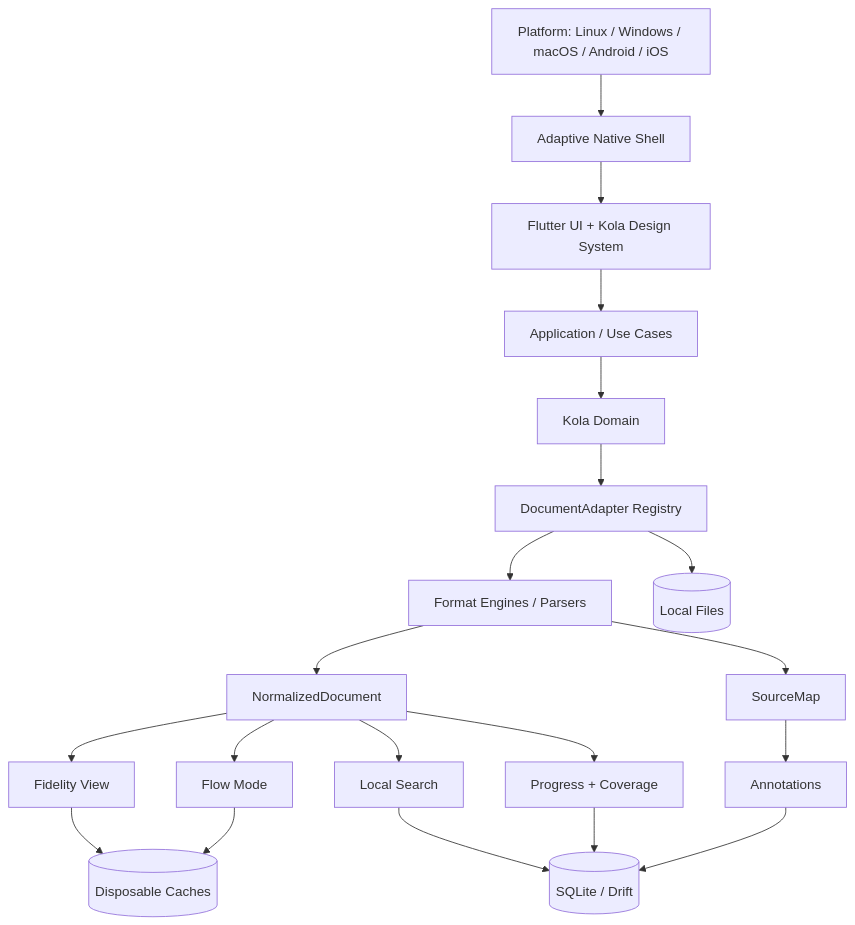
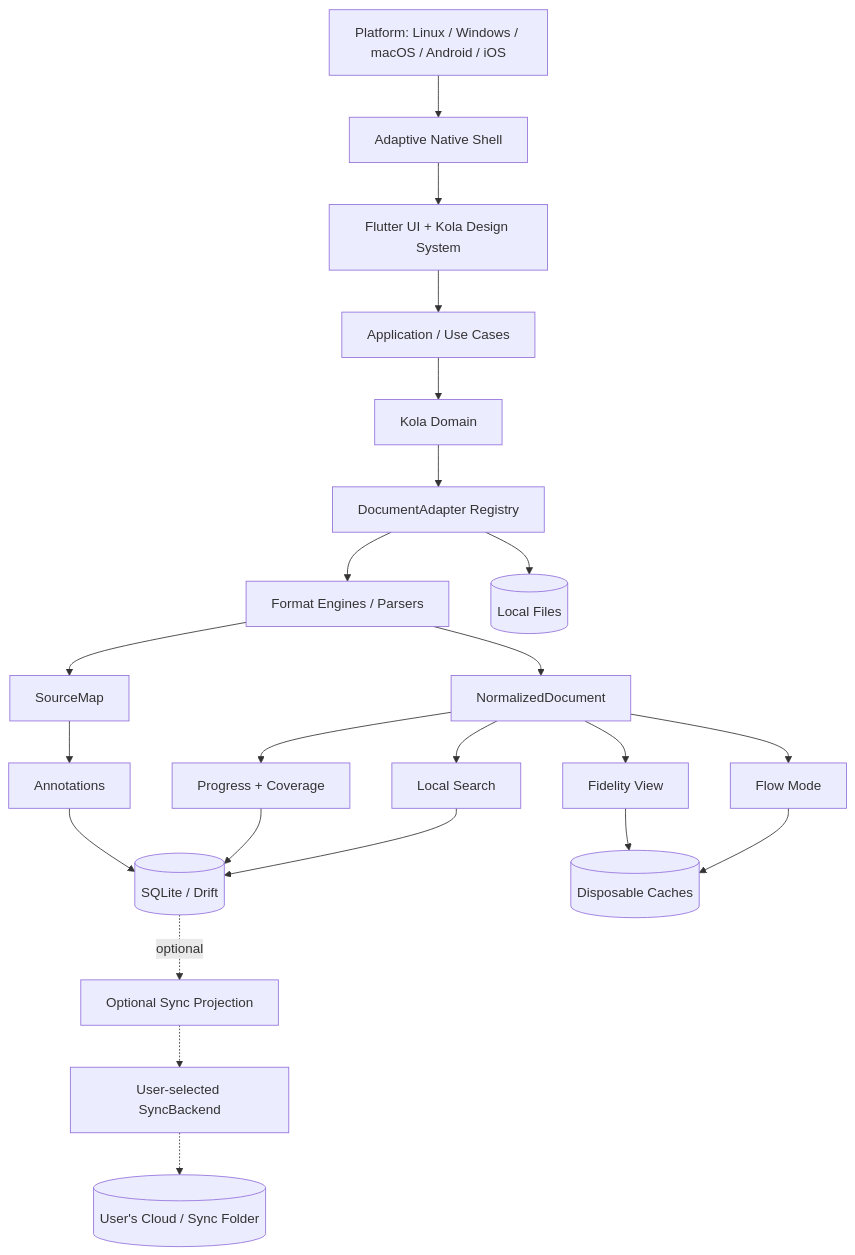
The first of 13 diagrams in docs/PROJECT_GRAPH.md (aaditya140103/kola), drawn with Mermaid before and after one commit. The commit also changed other lines of this file, not shown here.

Commit message:
docs: add optional BYOC sync to project graph

````diff
--- a/docs/PROJECT_GRAPH.md
+++ b/docs/PROJECT_GRAPH.md
@@ -7,35 +7,39 @@
 ```mermaid
 flowchart TD
     OS[Platform: Linux / Windows / macOS / Android / iOS]
     Shell[Adaptive Native Shell]
     UI[Flutter UI + Kola Design System]
     App[Application / Use Cases]
     Domain[Kola Domain]
     Registry[DocumentAdapter Registry]
     Engines[Format Engines / Parsers]
     ND[NormalizedDocument]
     SM[SourceMap]
     Fidelity[Fidelity View]
     Flow[Flow Mode]
     Search[Local Search]
     Ann[Annotations]
     Progress[Progress + Coverage]
     DB[(SQLite / Drift)]
     Files[(Local Files)]
     Cache[(Disposable Caches)]
+    SyncProjection[Optional Sync Projection]
+    SyncBackend[User-selected SyncBackend]
+    Cloud[(User's Cloud / Sync Folder)]
 
     OS --> Shell --> UI --> App --> Domain --> Registry --> Engines
     Engines --> ND
     Engines --> SM
     ND --> Fidelity
     ND --> Flow
     ND --> Search
     SM --> Ann
     ND --> Progress
     Ann --> DB
     Progress --> DB
     Search --> DB
     Registry --> Files
     Fidelity --> Cache
     Flow --> Cache
+    DB -. optional .-> SyncProjection -.-> SyncBackend -.-> Cloud
 ```
````
